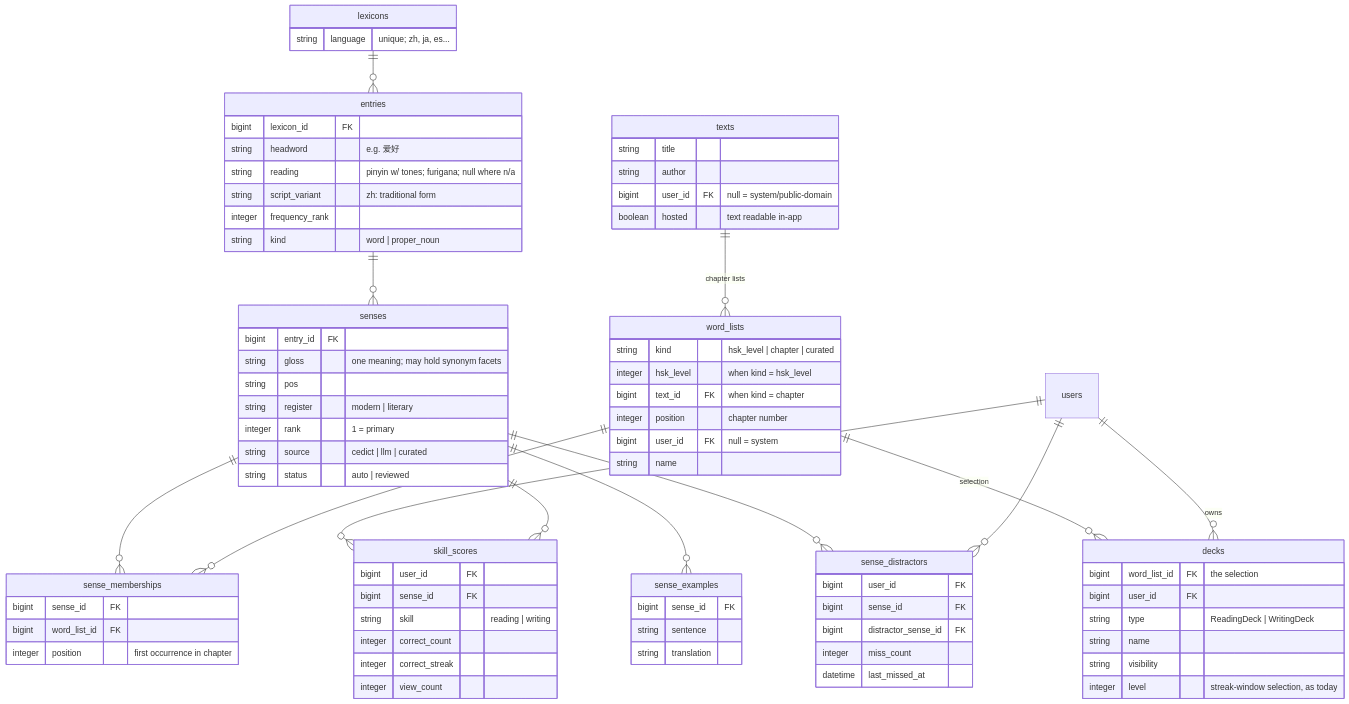
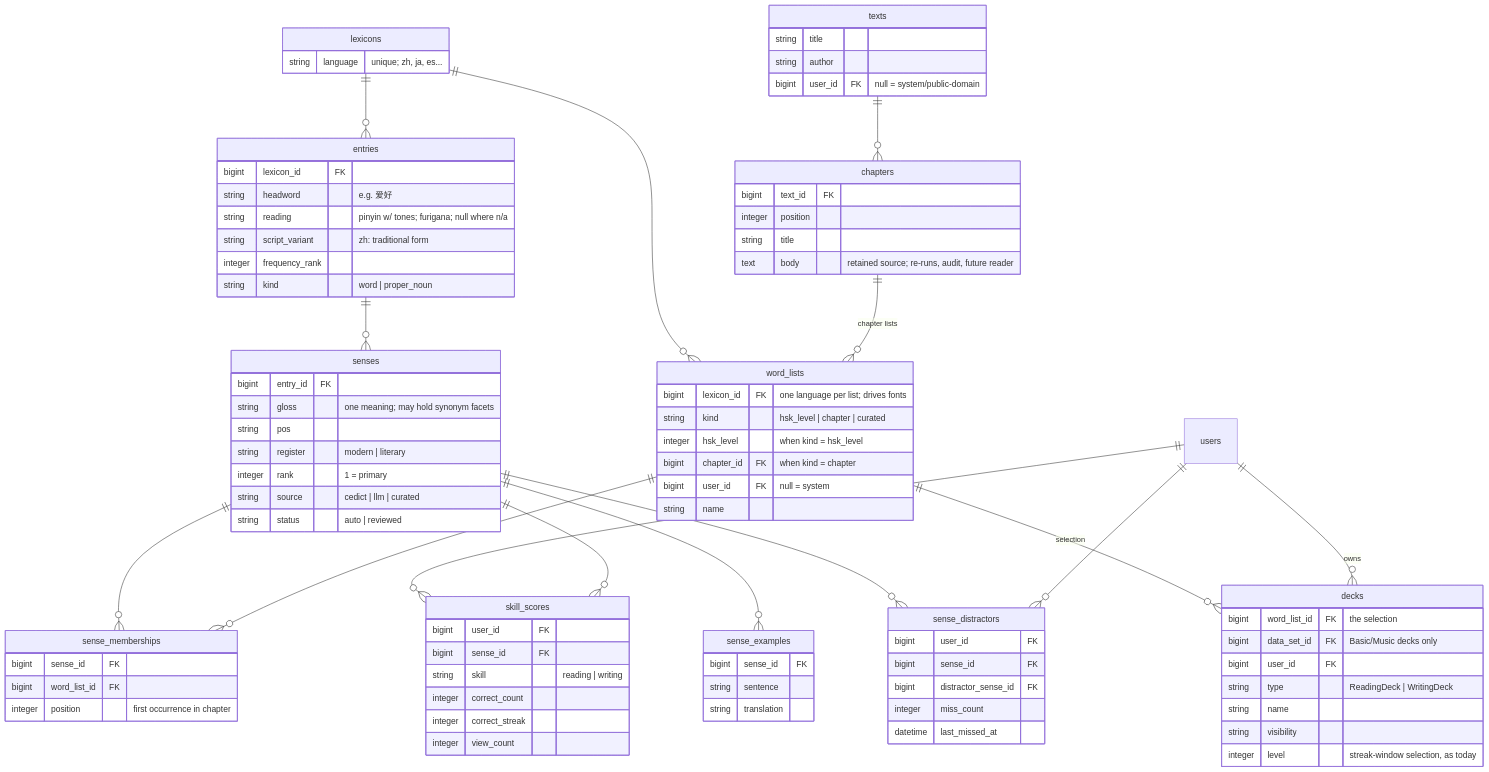
One commit to mockdeep/Flash changed the diagram in docs/compendium.md. Above: the diagram before and after it, drawn with Mermaid. The commit also changed other lines of this file and 1 other file, not shown here.

````diff
--- a/docs/compendium.md
+++ b/docs/compendium.md
@@ -23,10 +23,12 @@
 ```mermaid
 erDiagram
     lexicons ||--o{ entries : ""
+    lexicons ||--o{ word_lists : ""
     entries ||--o{ senses : ""
     senses ||--o{ sense_memberships : ""
     word_lists ||--o{ sense_memberships : ""
-    texts ||--o{ word_lists : "chapter lists"
+    texts ||--o{ chapters : ""
+    chapters ||--o{ word_lists : "chapter lists"
     word_lists ||--o{ decks : "selection"
     users ||--o{ decks : owns
     users ||--o{ skill_scores : ""
@@ -59,13 +61,18 @@
         string title
         string author
         bigint user_id FK "null = system/public-domain"
-        boolean hosted "text readable in-app"
+    }
+    chapters {
+        bigint text_id FK
+        integer position
+        string title
+        text body "retained source; re-runs, audit, future reader"
     }
     word_lists {
+        bigint lexicon_id FK "one language per list; drives fonts"
         string kind "hsk_level | chapter | curated"
         integer hsk_level "when kind = hsk_level"
-        bigint text_id FK "when kind = chapter"
-        integer position "chapter number"
+        bigint chapter_id FK "when kind = chapter"
         bigint user_id FK "null = system"
         string name
     }
@@ -96,6 +103,7 @@
     }
     decks {
         bigint word_list_id FK "the selection"
+        bigint data_set_id FK "Basic/Music decks only"
         bigint user_id FK
         string type "ReadingDeck | WritingDeck"
         string name
````
